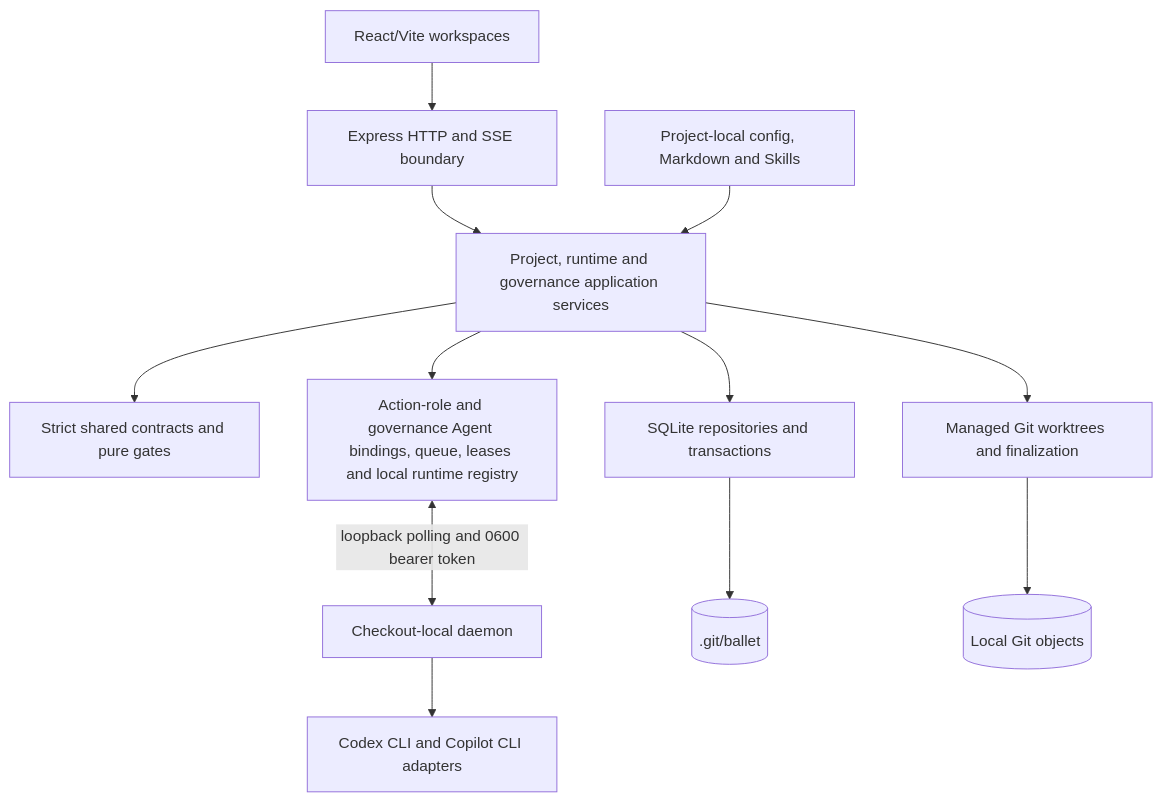
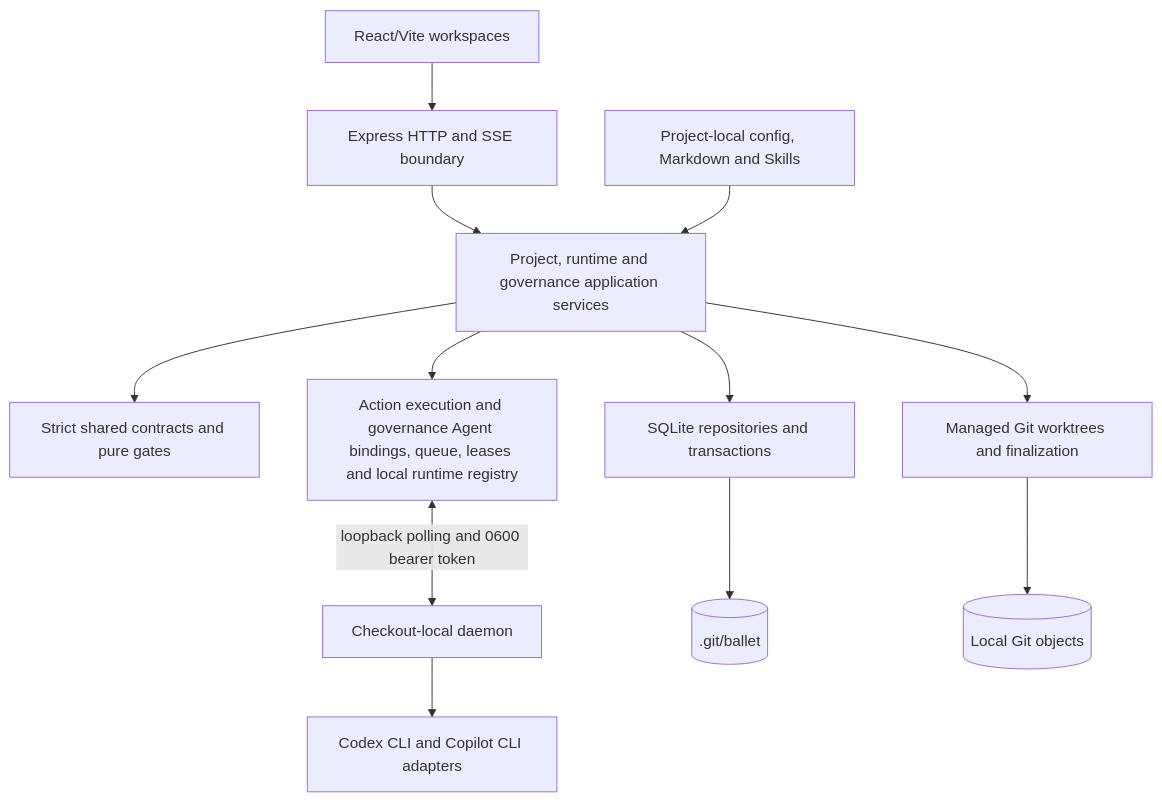
Before and after one commit to isinisalo/ballet: the second of 6 diagrams in ARCHITECTURE.md, drawn with Mermaid. The commit also changed other lines of this file and 57 other files, not shown here.

````diff
--- a/ARCHITECTURE.md
+++ b/ARCHITECTURE.md
@@ -48,14 +48,14 @@
 ```mermaid
 flowchart TB
   UI[React/Vite workspaces] --> HTTP[Express HTTP and SSE boundary]
   HTTP --> App[Project, runtime and governance application services]
   App --> Shared[Strict shared contracts and pure gates]
   App --> Persistence[SQLite repositories and transactions]
-  App --> LocalRuntime[Action-role and governance Agent bindings, queue, leases and local runtime registry]
+  App --> LocalRuntime[Action execution and governance Agent bindings, queue, leases and local runtime registry]
   LocalRuntime <-->|loopback polling and 0600 bearer token| Daemon[Checkout-local daemon]
   Daemon --> Execution[Codex CLI and Copilot CLI adapters]
   App --> Workspace[Managed Git worktrees and finalization]
   Project[Project-local config, Markdown and Skills] --> App
   Persistence --> Local[(.git/ballet)]
   Workspace --> Git[(Local Git objects)]
 ```
````
